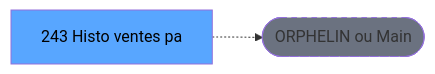
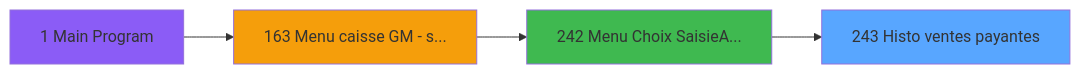
One commit to thonyAGP/magic-migration changed the third of 4 diagrams in .openspec/specs/ADH-IDE-243.md. Above: the diagram before and after it, drawn with Mermaid. The commit also changed other lines of this file and 253 other files, not shown here.

````diff
--- a/.openspec/specs/ADH-IDE-243.md
+++ b/.openspec/specs/ADH-IDE-243.md
@@ -141,8 +1760,14 @@
 ```mermaid
 graph LR
-    T[243 Histo ventes pa]
-    ORPHAN([ORPHELIN ou Main])
-    T -.-> ORPHAN
-    style T fill:#58a6ff,color:#000
-    style ORPHAN fill:#6b7280,stroke-dasharray: 5 5
+    T243[243 Histo ventes payantes]
+    style T243 fill:#58a6ff
+    CC1[1 Main Program]
+    style CC1 fill:#8b5cf6
+    CC163[163 Menu caisse GM - s...]
+    style CC163 fill:#f59e0b
+    CC242[242 Menu Choix SaisieA...]
+    style CC242 fill:#3fb950
+    CC163 --> CC242
+    CC1 --> CC163
+    CC242 --> T243
 ```
````
